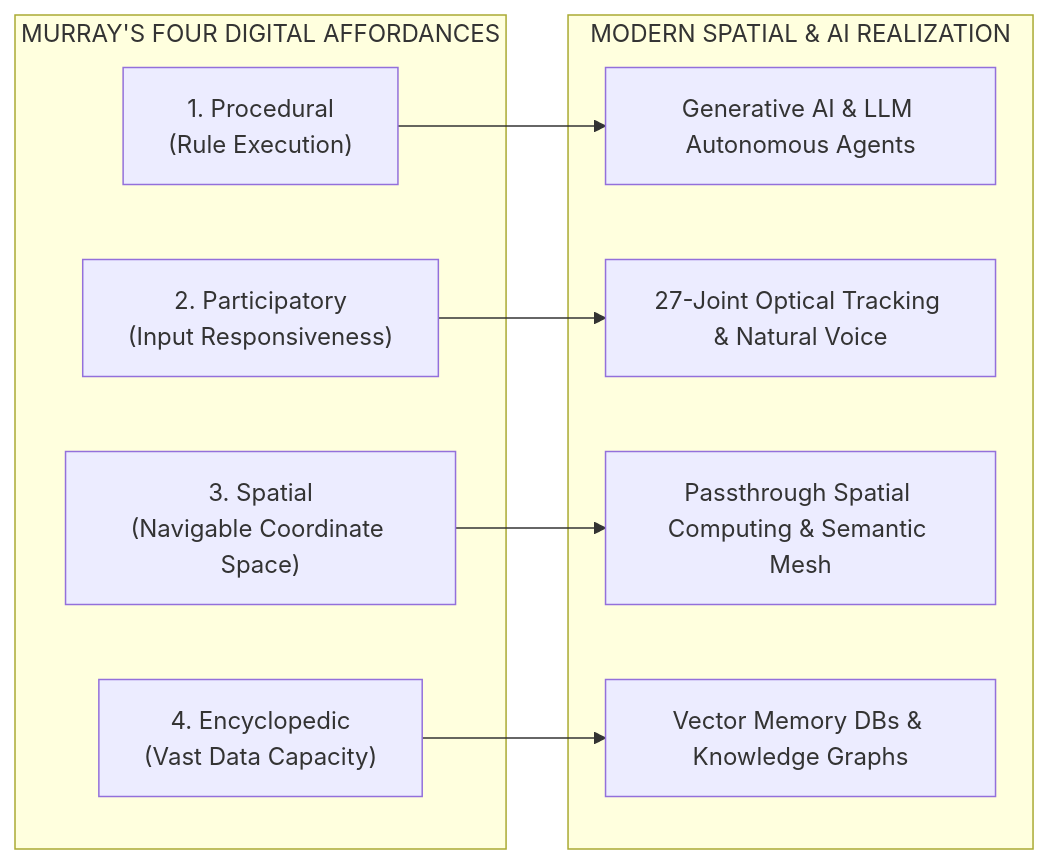
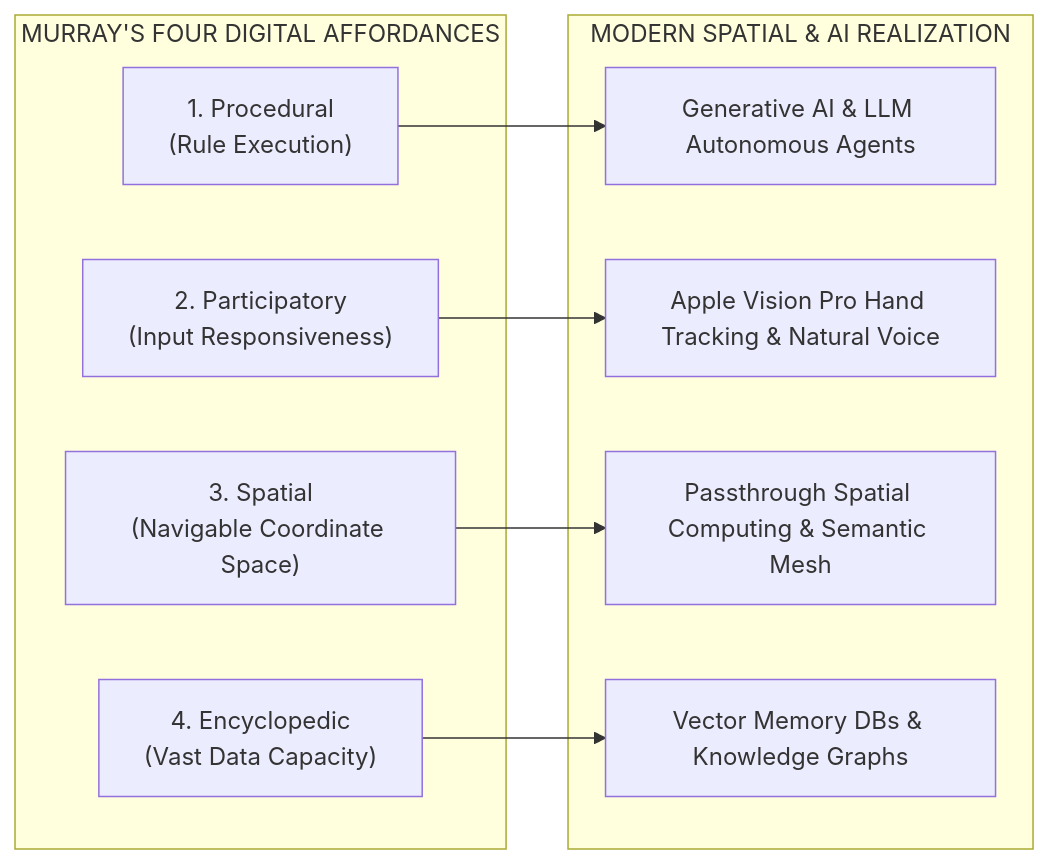
Before and after one commit to caraya/astro-blog2: the second of 4 diagrams in src/content/blog/revisiting-murrays-holodeck.md, drawn with Mermaid. The commit also changed other lines of this file and 7 other files, not shown here.

````diff
--- a/src/content/blog/revisiting-murrays-holodeck.md
+++ b/src/content/blog/revisiting-murrays-holodeck.md
@@ -61,21 +59,21 @@
 ```mermaid
 flowchart LR
     subgraph Affordances ["MURRAY'S FOUR DIGITAL AFFORDANCES"]
         P1["1. Procedural<br/>(Rule Execution)"]
         P2["2. Participatory<br/>(Input Responsiveness)"]
         P3["3. Spatial<br/>(Navigable Coordinate Space)"]
         P4["4. Encyclopedic<br/>(Vast Data Capacity)"]
     end
 
     subgraph ModernRealization ["MODERN SPATIAL & AI REALIZATION"]
         M1["Generative AI & LLM Autonomous Agents"]
-        M2["27-Joint Optical Tracking & Natural Voice"]
+        M2["Apple Vision Pro Hand Tracking & Natural Voice"]
         M3["Passthrough Spatial Computing & Semantic Mesh"]
         M4["Vector Memory DBs & Knowledge Graphs"]
     end
 
     P1 --> M1
     P2 --> M2
     P3 --> M3
     P4 --> M4
 ```
````
